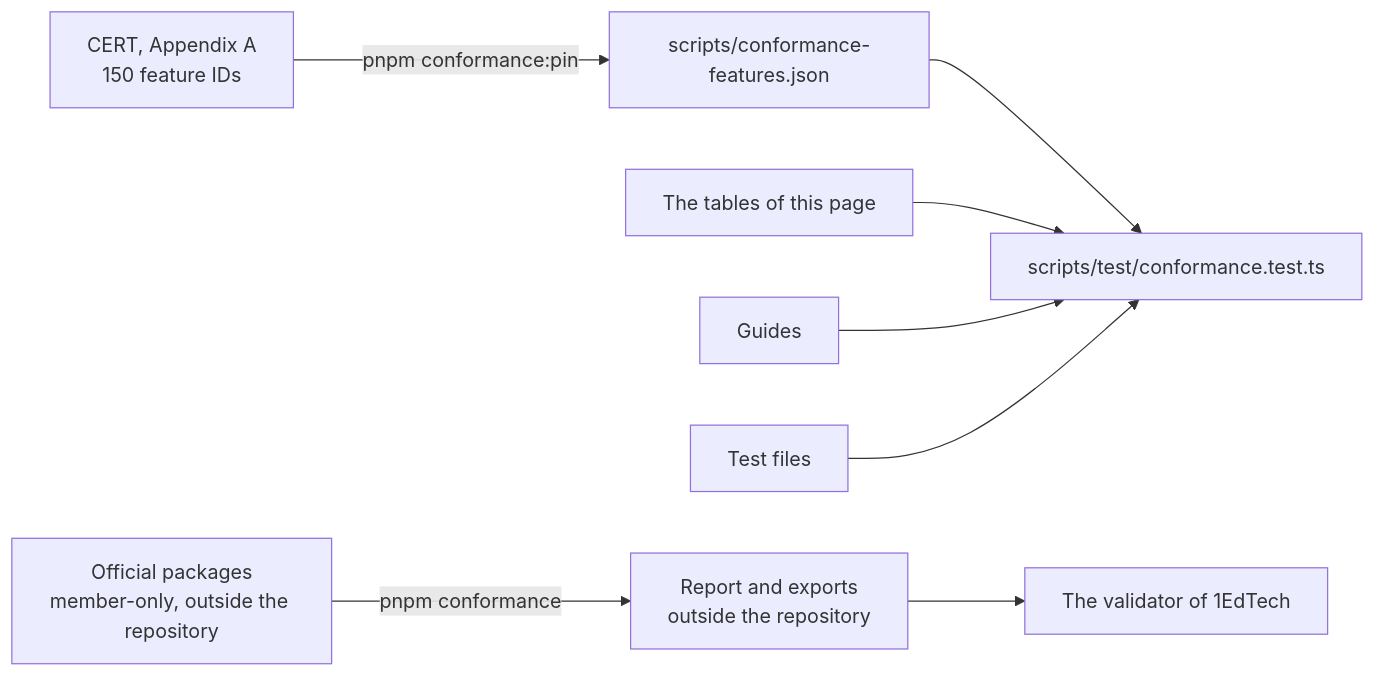
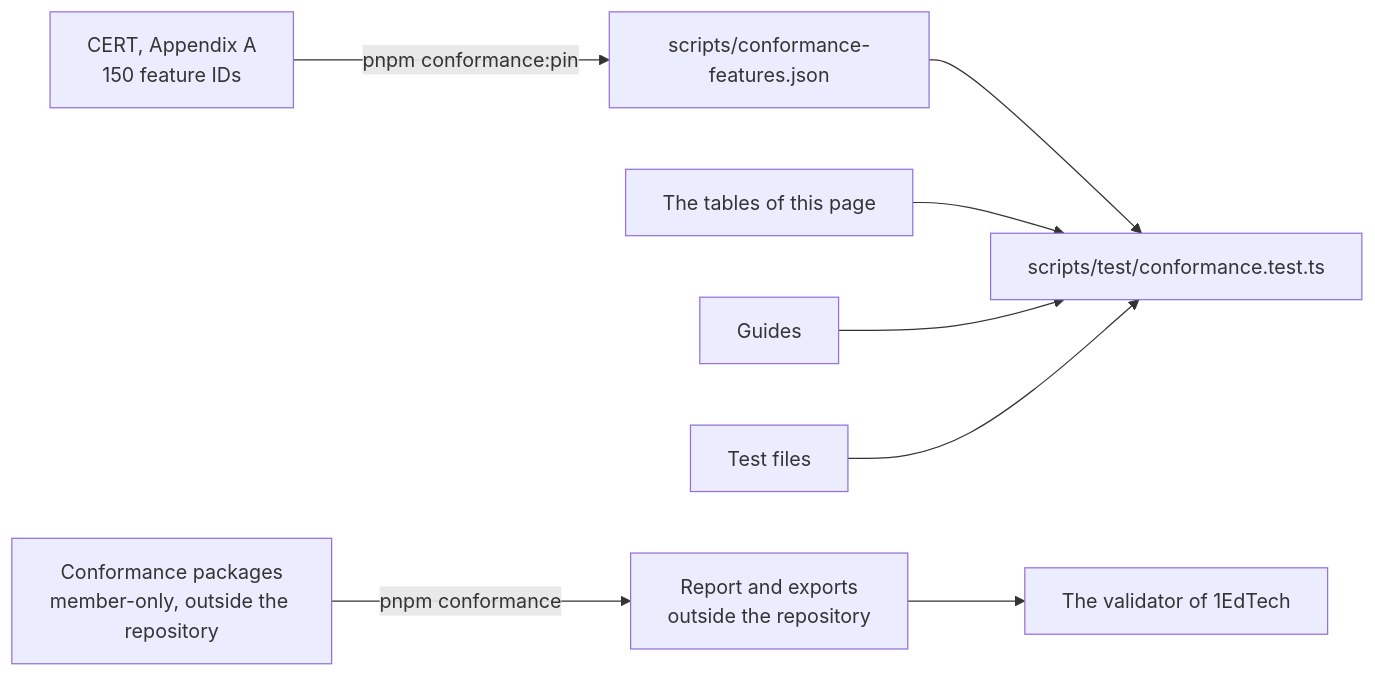
The diagram in docs/runtime/conformance.md (assesskit/assesskit), drawn with Mermaid before and after one commit. The commit also changed other lines of this file and 46 other files, not shown here.

````diff
--- a/docs/runtime/conformance.md
+++ b/docs/runtime/conformance.md
@@ -8,10 +8,10 @@
 ```mermaid
 flowchart LR
   cert["CERT, Appendix A<br/>150 feature IDs"] -- "pnpm conformance:pin" --> list["scripts/conformance-features.json"]
   list --> test["scripts/test/conformance.test.ts"]
   table["The tables of this page"] --> test
   guides["Guides"] --> test
   tests["Test files"] --> test
-  official["Official packages<br/>member-only, outside the repository"] -- "pnpm conformance" --> reports["Report and exports<br/>outside the repository"]
+  official["Conformance packages<br/>member-only, outside the repository"] -- "pnpm conformance" --> reports["Report and exports<br/>outside the repository"]
   reports --> validator["The validator of 1EdTech"]
 ```
````
